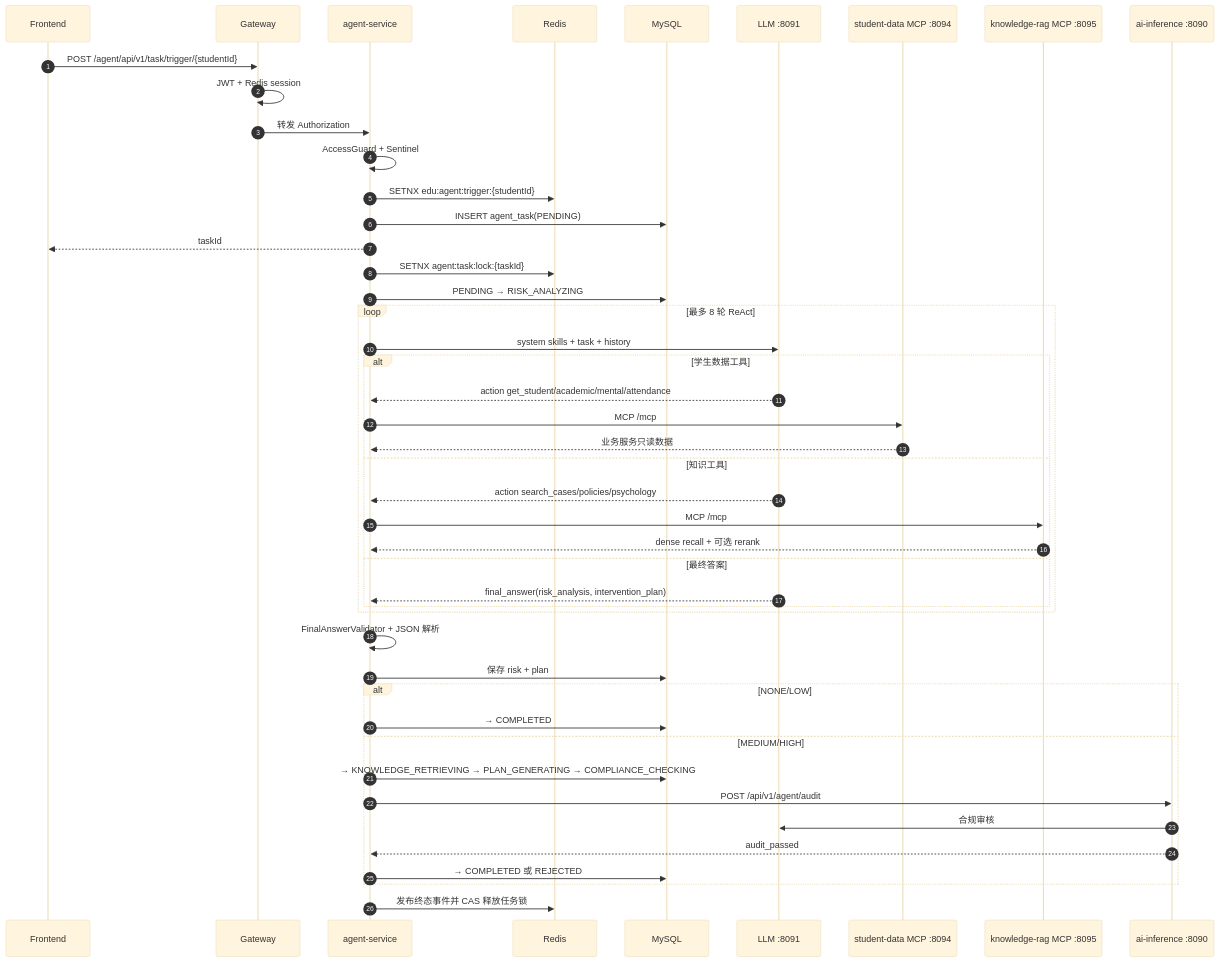
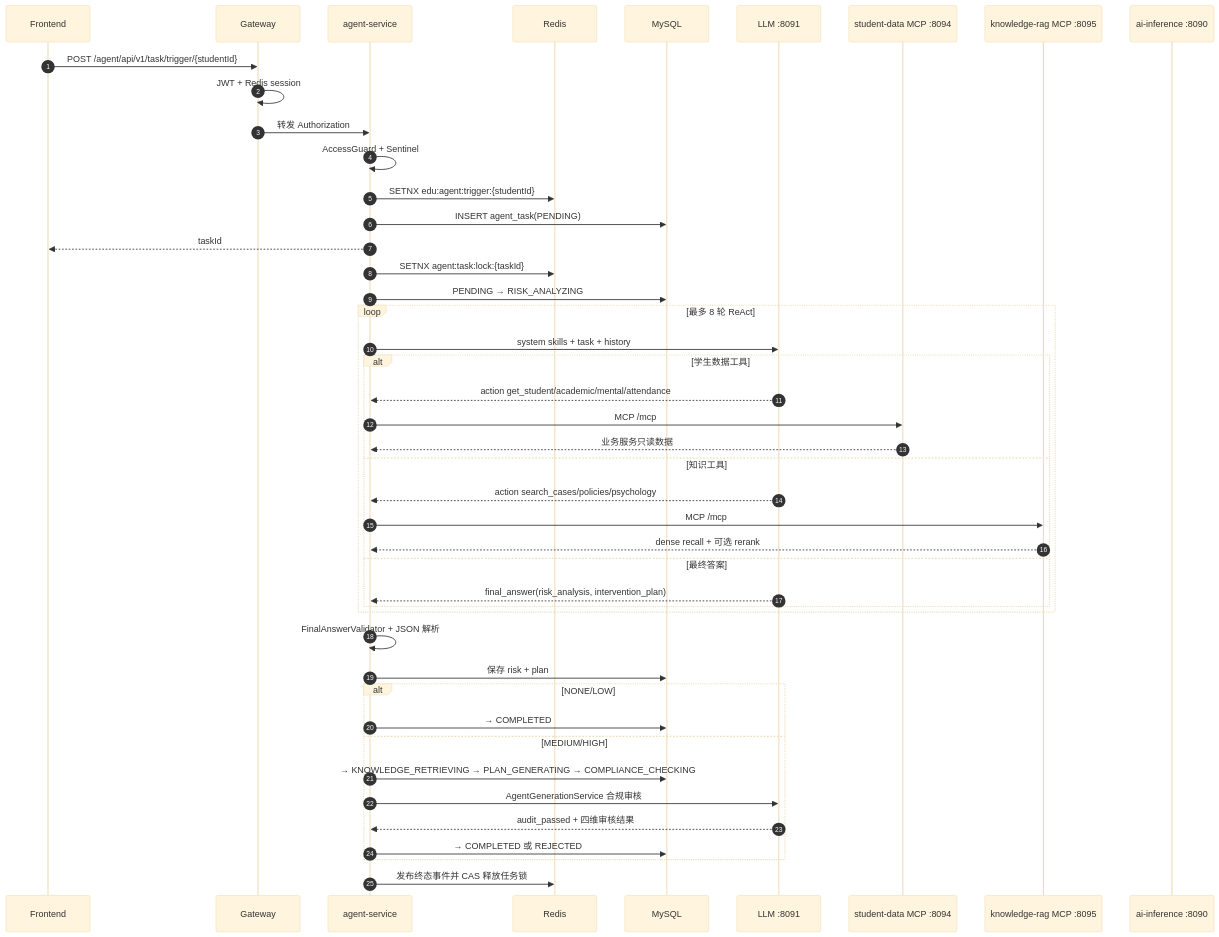
One commit to liuzhne/resource-profile changed the second of 2 diagrams in ARCHITECTURE.md. Above: the diagram before and after it, drawn with Mermaid (base theme). The commit also changed other lines of this file and 416 other files, not shown here.

````diff
--- a/ARCHITECTURE.md
+++ b/ARCHITECTURE.md
@@ -91,49 +111,48 @@
 ```mermaid
 sequenceDiagram
     autonumber
     participant FE as Frontend
     participant GW as Gateway
     participant AS as agent-service
     participant RD as Redis
     participant DB as MySQL
     participant LLM as LLM :8091
     participant SD as student-data MCP :8094
     participant KR as knowledge-rag MCP :8095
     participant AI as ai-inference :8090
 
     FE->>GW: POST /agent/api/v1/task/trigger/{studentId}
     GW->>GW: JWT + Redis session
     GW->>AS: 转发 Authorization
     AS->>AS: AccessGuard + Sentinel
     AS->>RD: SETNX edu:agent:trigger:{studentId}
     AS->>DB: INSERT agent_task(PENDING)
     AS-->>FE: taskId
     AS->>RD: SETNX agent:task:lock:{taskId}
     AS->>DB: PENDING → RISK_ANALYZING
     loop 最多 8 轮 ReAct
         AS->>LLM: system skills + task + history
         alt 学生数据工具
             LLM-->>AS: action get_student/academic/mental/attendance
             AS->>SD: MCP /mcp
             SD-->>AS: 业务服务只读数据
         else 知识工具
             LLM-->>AS: action search_cases/policies/psychology
             AS->>KR: MCP /mcp
             KR-->>AS: dense recall + 可选 rerank
         else 最终答案
             LLM-->>AS: final_answer(risk_analysis, intervention_plan)
         end
     end
     AS->>AS: FinalAnswerValidator + JSON 解析
     AS->>DB: 保存 risk + plan
     alt NONE/LOW
         AS->>DB: → COMPLETED
     else MEDIUM/HIGH
         AS->>DB: → KNOWLEDGE_RETRIEVING → PLAN_GENERATING → COMPLIANCE_CHECKING
-        AS->>AI: POST /api/v1/agent/audit
-        AI->>LLM: 合规审核
-        AI-->>AS: audit_passed
+        AS->>LLM: AgentGenerationService 合规审核
+        LLM-->>AS: audit_passed + 四维审核结果
         AS->>DB: → COMPLETED 或 REJECTED
     end
     AS->>RD: 发布终态事件并 CAS 释放任务锁
 ```
````
